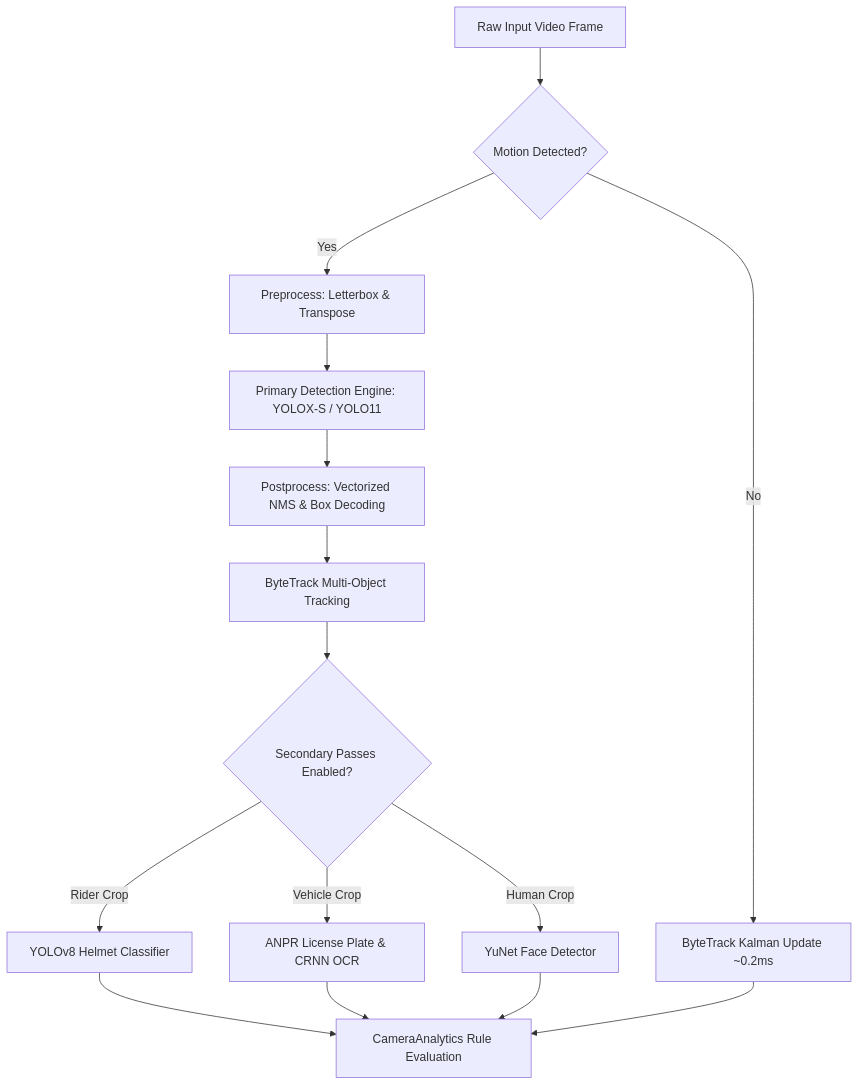
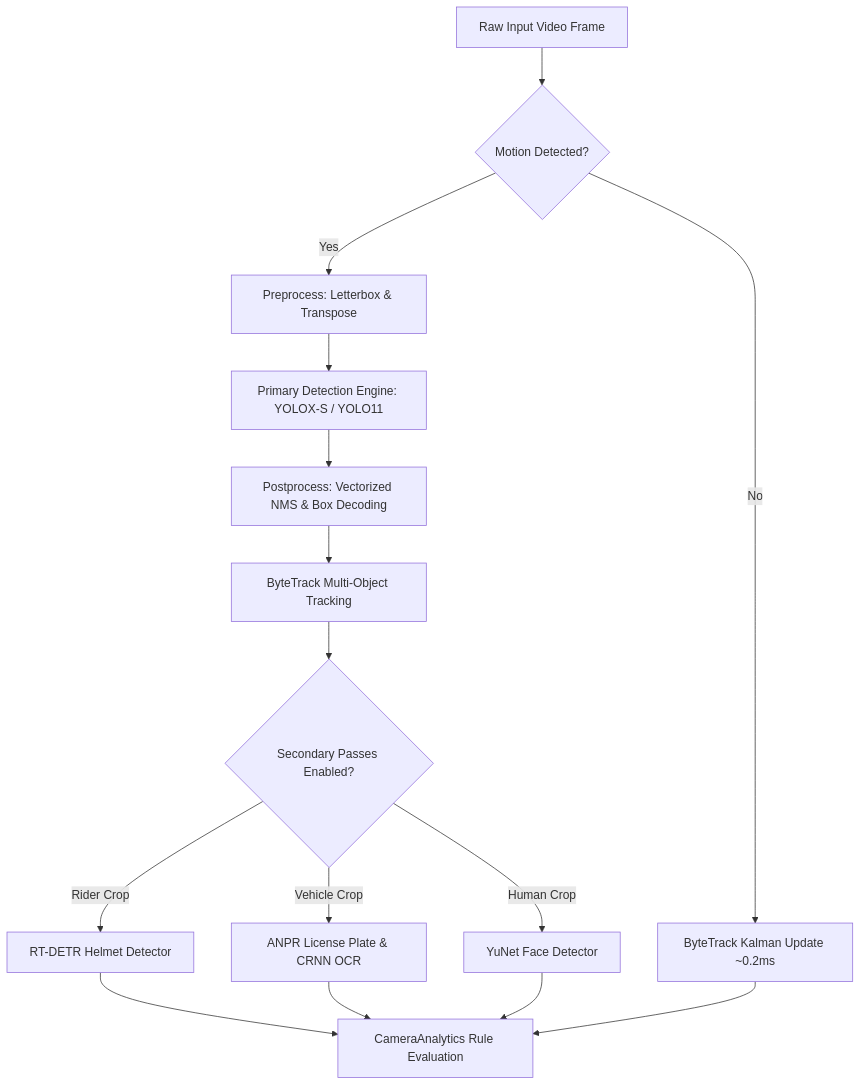
The diagram in docs/05_AI_ENGINE_DOCUMENTATION.md (sutharprin098/visionguarda), drawn with Mermaid before and after one commit. The commit also changed other lines of this file and 34 other files, not shown here.

````diff
--- a/docs/05_AI_ENGINE_DOCUMENTATION.md
+++ b/docs/05_AI_ENGINE_DOCUMENTATION.md
@@ -14,14 +14,14 @@
 ```mermaid
 graph TD
     Frame[Raw Input Video Frame] --> Motion{Motion Detected?}
     Motion -- No --> TrackUpdate[ByteTrack Kalman Update ~0.2ms]
     Motion -- Yes --> Preproc[Preprocess: Letterbox & Transpose]
     Preproc --> PrimaryInfer[Primary Detection Engine: YOLOX-S / YOLO11]
     PrimaryInfer --> NMS[Postprocess: Vectorized NMS & Box Decoding]
     NMS --> ByteTrack[ByteTrack Multi-Object Tracking]
     ByteTrack --> SecondaryCheck{Secondary Passes Enabled?}
-    SecondaryCheck -- Rider Crop --> HelmetModel[YOLOv8 Helmet Classifier]
+    SecondaryCheck -- Rider Crop --> HelmetModel[RT-DETR Helmet Detector]
     SecondaryCheck -- Vehicle Crop --> ANPRModel[ANPR License Plate & CRNN OCR]
     SecondaryCheck -- Human Crop --> FaceModel[YuNet Face Detector]
     HelmetModel & ANPRModel & FaceModel & TrackUpdate --> Analytics[CameraAnalytics Rule Evaluation]
 ```
````
